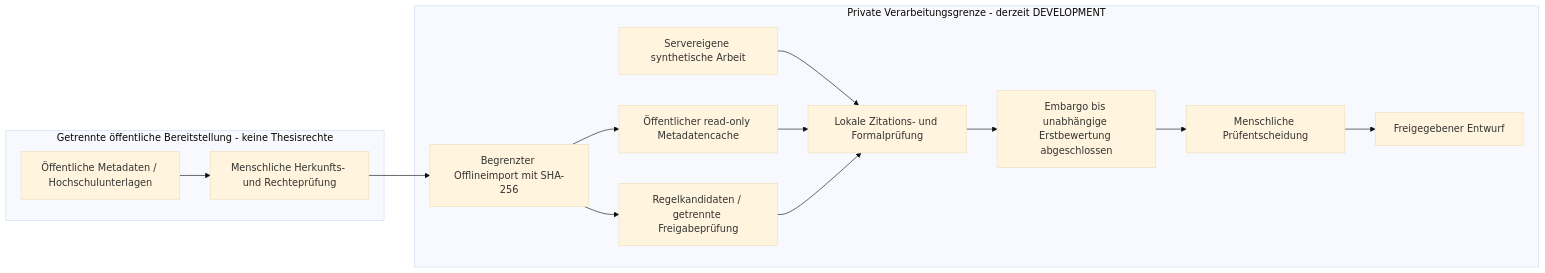
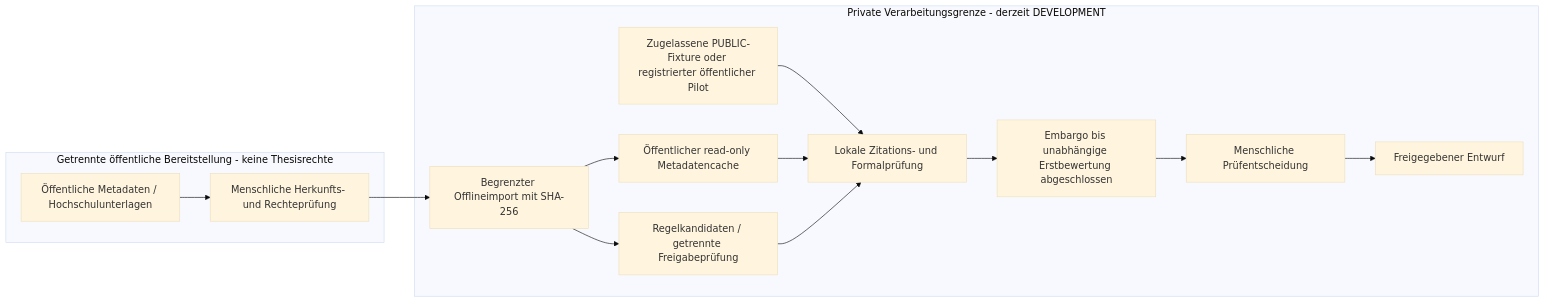
One commit to HerrBubimann/ThesisHounds changed the diagram in docs/research/research_privacy.md. Above: the diagram before and after it, drawn with Mermaid (base theme). The commit also changed 167 other files, not shown here.

````diff
--- a/docs/research/research_privacy.md
+++ b/docs/research/research_privacy.md
@@ -10,17 +10,17 @@
 ```mermaid
 flowchart LR
   subgraph Public[Getrennte öffentliche Bereitstellung - keine Thesisrechte]
     P[Öffentliche Metadaten / Hochschulunterlagen] --> R[Menschliche Herkunfts- und Rechteprüfung]
   end
   R --> I[Begrenzter Offlineimport mit SHA-256]
   subgraph Private[Private Verarbeitungsgrenze - derzeit DEVELOPMENT]
     I --> C[Öffentlicher read-only Metadatencache]
     I --> K[Regelkandidaten / getrennte Freigabeprüfung]
-    D[Servereigene synthetische Arbeit] --> V[Lokale Zitations- und Formalprüfung]
+    D[Zugelassene PUBLIC-Fixture oder registrierter öffentlicher Pilot] --> V[Lokale Zitations- und Formalprüfung]
     C --> V
     K --> V
     V --> E[Embargo bis unabhängige Erstbewertung abgeschlossen]
     E --> H[Menschliche Prüfentscheidung]
     H --> F[Freigegebener Entwurf]
   end
 ```
````
